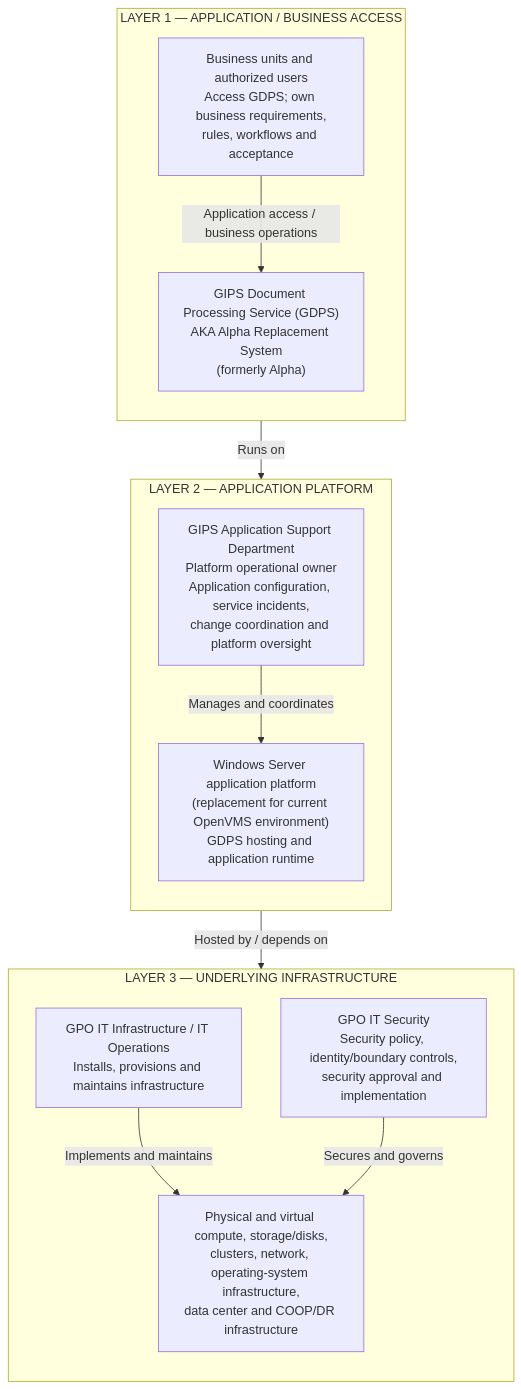
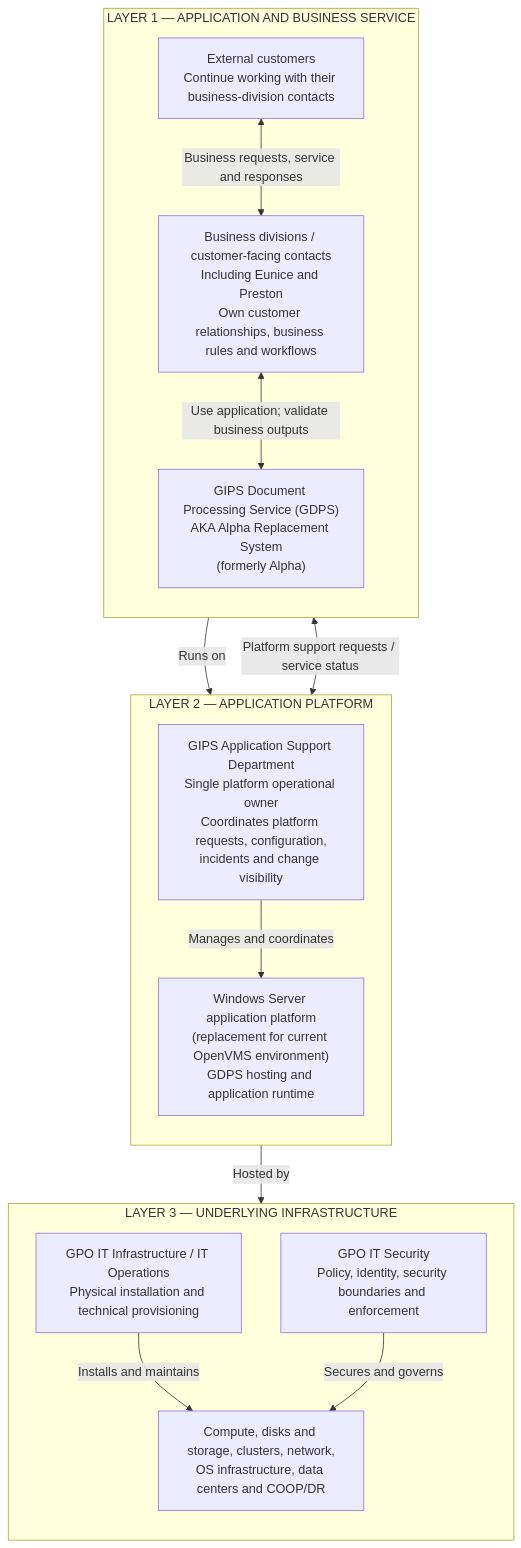
One commit to root180/OpenVMSReplacement changed the second of 2 diagrams in Hardware replacment/Governance/01_Executive_Ownership_Brief.md. Above: the diagram before and after it, drawn with Mermaid. The commit also changed other lines of this file, not shown here.

Commit message:
docs(governance): distinguish external customers and business contacts in GDPS layers

````diff
--- a/Hardware replacment/Governance/01_Executive_Ownership_Brief.md
+++ b/Hardware replacment/Governance/01_Executive_Ownership_Brief.md
@@ -43,25 +45,28 @@
 ```mermaid
 flowchart TB
-    subgraph L1["LAYER 1 — APPLICATION / BUSINESS ACCESS"]
+    subgraph L1["LAYER 1 — APPLICATION AND BUSINESS SERVICE"]
        direction TB
-       BU["Business units and authorized users<br/>Access GDPS; own business requirements,<br/>rules, workflows and acceptance"]
+       EXT["External customers<br/>Continue working with their business-division contacts"]
+       BIZ["Business divisions / customer-facing contacts<br/>Including Eunice and Preston<br/>Own customer relationships, business rules and workflows"]
        APP["GIPS Document Processing Service (GDPS)<br/>AKA Alpha Replacement System<br/>(formerly Alpha)"]
-       BU -->|"Application access / business operations"| APP
+       EXT <-->|"Business requests, service and responses"| BIZ
+       BIZ <-->|"Use application; validate business outputs"| APP
     end
     subgraph L2["LAYER 2 — APPLICATION PLATFORM"]
        direction TB
+       GIPS["GIPS Application Support Department<br/>Single platform operational owner<br/>Coordinates platform requests, configuration,<br/>incidents and change visibility"]
        PLATFORM["Windows Server application platform<br/>(replacement for current OpenVMS environment)<br/>GDPS hosting and application runtime"]
-       GIPS["GIPS Application Support Department<br/>Platform operational owner<br/>Application configuration, service incidents,<br/>change coordination and platform oversight"]
        GIPS -->|"Manages and coordinates"| PLATFORM
     end
     subgraph L3["LAYER 3 — UNDERLYING INFRASTRUCTURE"]
        direction TB
-       INFRA["Physical and virtual compute, storage/disks,<br/>clusters, network, operating-system infrastructure,<br/>data center and COOP/DR infrastructure"]
-       IT["GPO IT Infrastructure / IT Operations<br/>Installs, provisions and maintains infrastructure"]
-       SECURITY["GPO IT Security<br/>Security policy, identity/boundary controls,<br/>security approval and implementation"]
-       IT -->|"Implements and maintains"| INFRA
-       SECURITY -->|"Secures and governs"| INFRA
+       IT["GPO IT Infrastructure / IT Operations<br/>Physical installation and technical provisioning"]
+       SEC["GPO IT Security<br/>Policy, identity, security boundaries and enforcement"]
+       INFRA["Compute, disks and storage, clusters, network,<br/>OS infrastructure, data centers and COOP/DR"]
+       IT -->|"Installs and maintains"| INFRA
+       SEC -->|"Secures and governs"| INFRA
     end
     APP -->|"Runs on"| PLATFORM
-    PLATFORM -->|"Hosted by / depends on"| INFRA
+    BIZ <-->|"Platform support requests / service status"| GIPS
+    PLATFORM -->|"Hosted by"| INFRA
 ```
````
